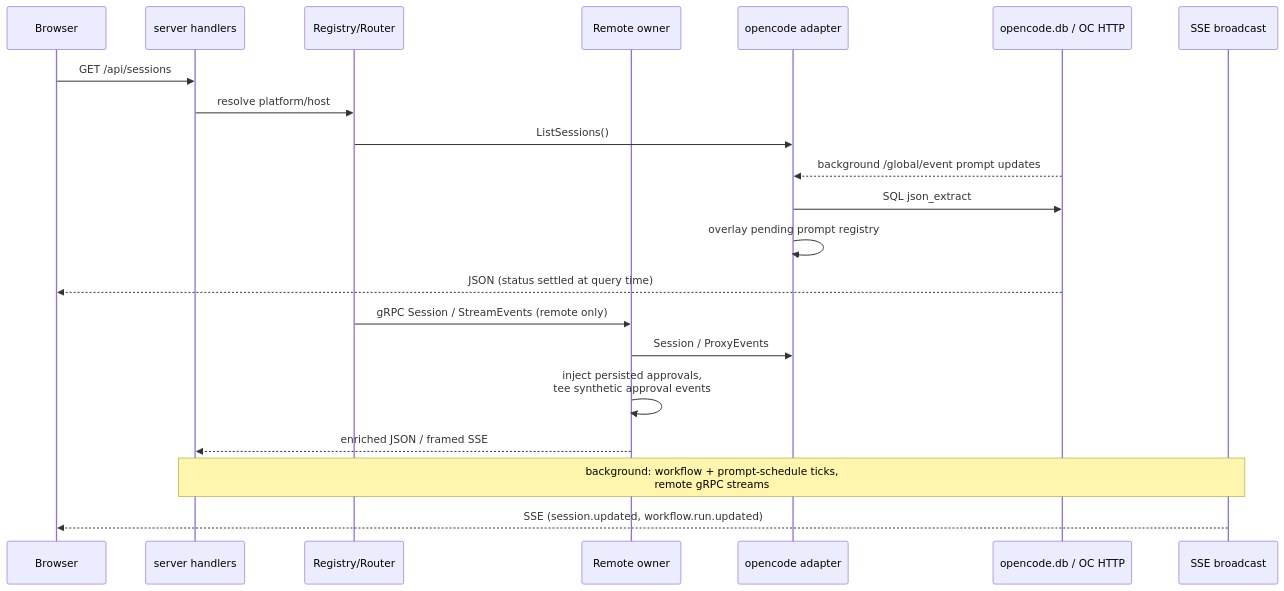
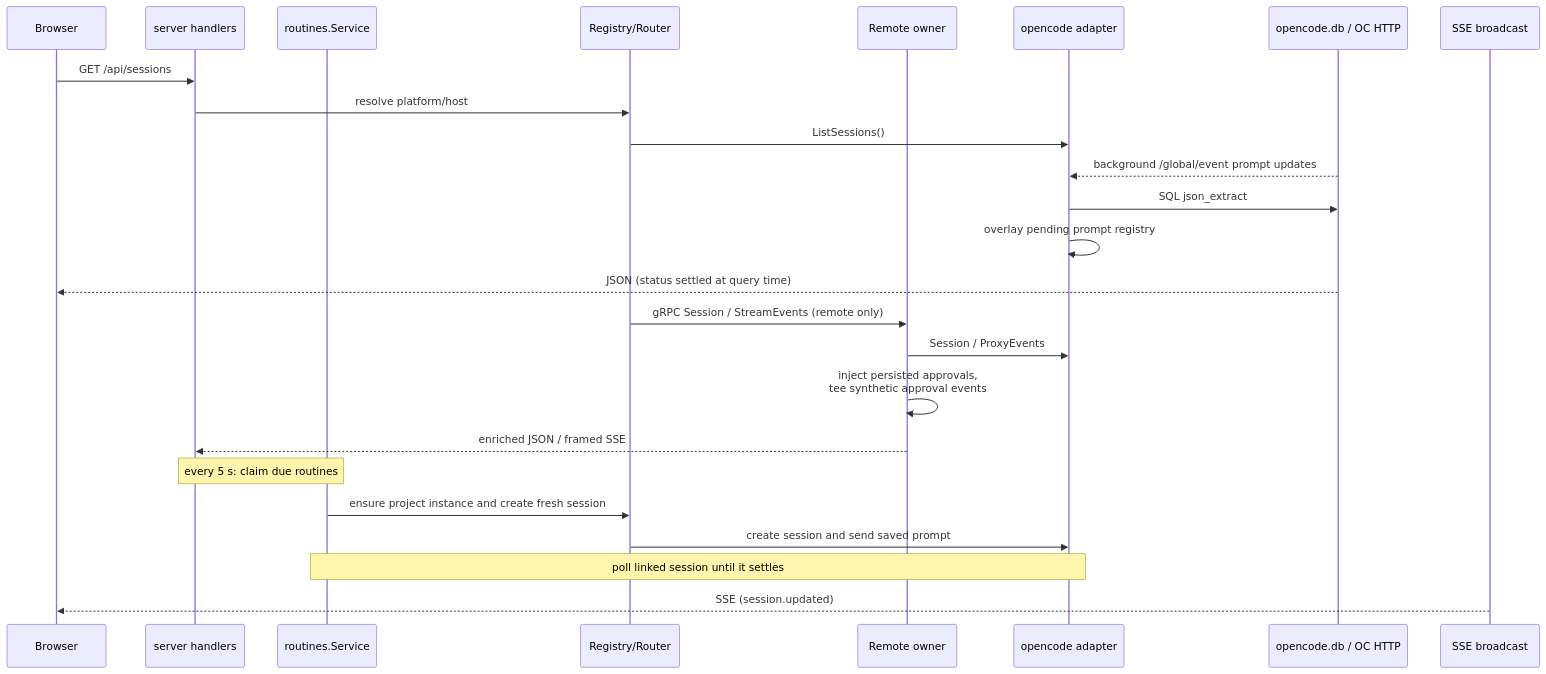
Before and after one commit to ocman/ocman: the fourth of 5 diagrams in docs/other/architecture.md, drawn with Mermaid. The commit also changed other lines of this file and 11 other files, not shown here.

Commit message:
docs: document routines and legacy workflow data

````diff
--- a/docs/other/architecture.md
+++ b/docs/other/architecture.md
@@ -226,24 +166,28 @@
 ```mermaid
 sequenceDiagram
     participant B as Browser
     participant S as server handlers
+    participant Q as routines.Service
     participant R as Registry/Router
     participant O as Remote owner
     participant A as opencode adapter
     participant D as opencode.db / OC HTTP
     participant E as SSE broadcast
 
     B->>S: GET /api/sessions
     S->>R: resolve platform/host
     R->>A: ListSessions()
     D-->>A: background /global/event prompt updates
     A->>D: SQL json_extract
     A->>A: overlay pending prompt registry
     D-->>B: JSON (status settled at query time)
     R->>O: gRPC Session / StreamEvents (remote only)
     O->>A: Session / ProxyEvents
      O->>O: inject persisted approvals,<br/>tee synthetic approval events
      O-->>S: enriched JSON / framed SSE
-      Note over S,E: background: workflow + prompt-schedule ticks,<br/>remote gRPC streams
-      E-->>B: SSE (session.updated, workflow.run.updated)
+    Note over S,Q: every 5 s: claim due routines
+    Q->>R: ensure project instance and create fresh session
+    R->>A: create session and send saved prompt
+    Note over Q,A: poll linked session until it settles
+    E-->>B: SSE (session.updated)
 ```
````
